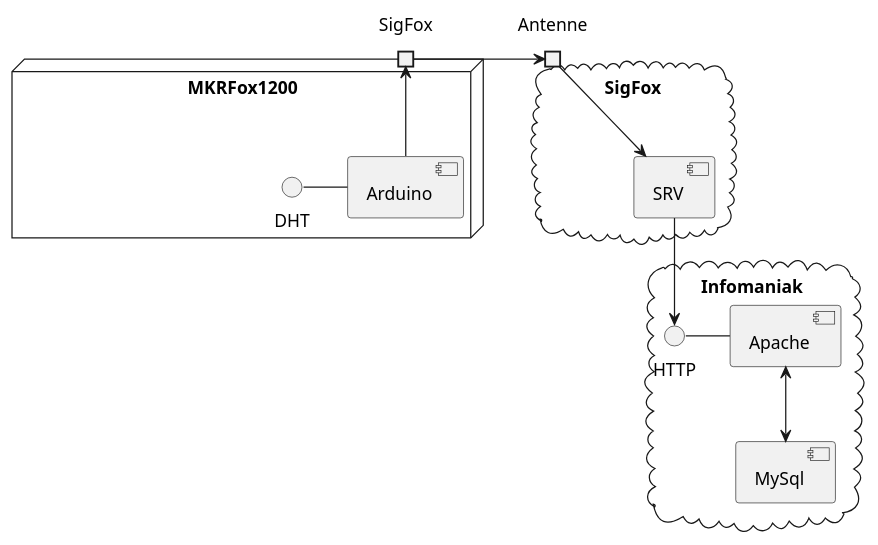
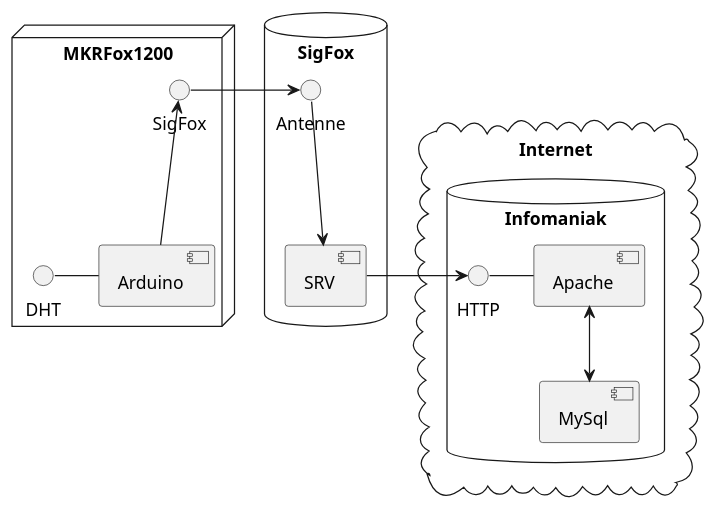
One commit to divtec-cejef/2023-cch-32-iot-arduino-drafolin changed the first of 2 diagrams in doc/images/db.puml. Above: the diagram before and after it, drawn with PlantUML. The commit also changed other lines of this file and 3 other files, not shown here.

```diff
--- a/doc/images/db.puml
+++ b/doc/images/db.puml
@@ -1,21 +1,21 @@
 @startuml ApacheScheme
 
 node MKRFox1200 {
-	port SigFox
-	[Arduino] -> SigFox
+	[Arduino] -u-> SigFox
 	DHT - [Arduino]
 }
 
-cloud SigFox as SigFoxCloud {
-	portin Antenne
+database SigFox as SigFoxCloud {
 	SigFox -> Antenne
-	Antenne -> [SRV]
+	Antenne --> [SRV]
 }
 
-cloud Infomaniak {
-	[SRV] --> HTTP
-	HTTP - [Apache]
-	[Apache] <--> [MySql]
+cloud Internet {
+	database Infomaniak {
+		[SRV] -> HTTP
+		HTTP - [Apache]
+		[Apache] <--> [MySql]
+	}
 }
 
 @enduml
```
